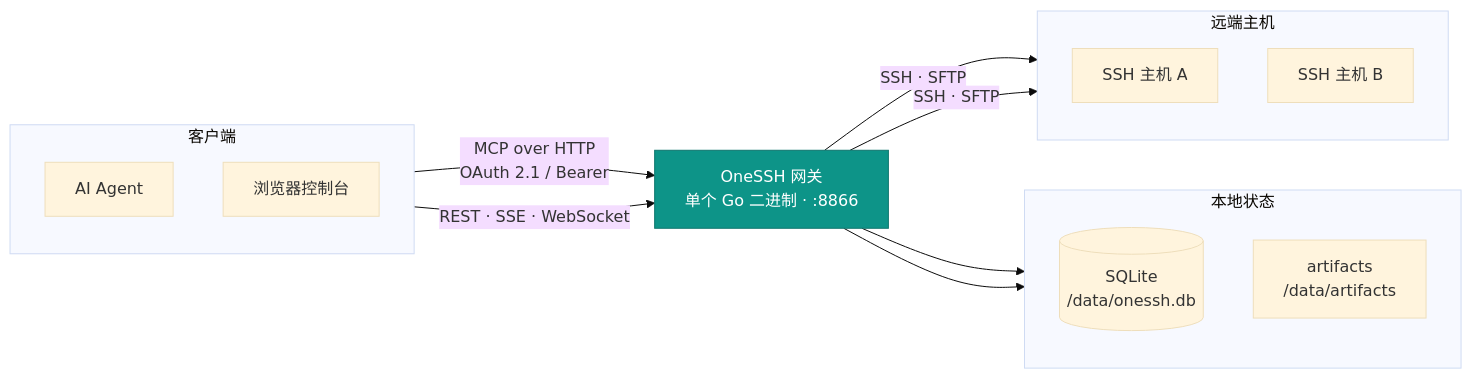
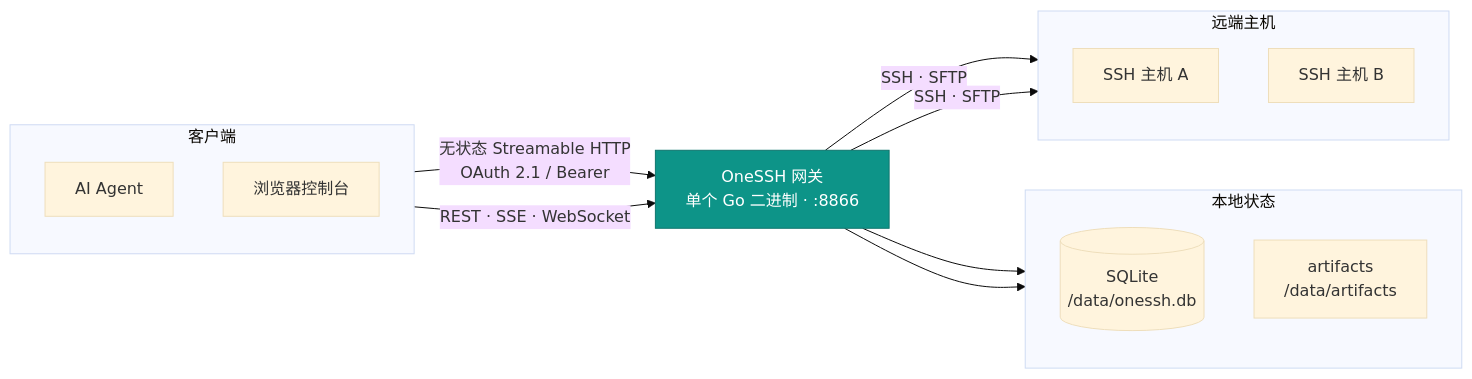
Before and after one commit to Lynricsy/OneSSH: the diagram in README.md, drawn with Mermaid (base theme). The commit also changed other lines of this file and 2 other files, not shown here.

Commit message:
feat(mcp): 🚀 升级无状态 Streamable HTTP

````diff
--- a/README.md
+++ b/README.md
@@ -58,32 +58,32 @@
 ```mermaid
 flowchart LR
     subgraph clients["客户端"]
         direction TB
         Agent["AI Agent"]
         Browser["浏览器控制台"]
     end
 
     Gateway["OneSSH 网关<br/>单个 Go 二进制 · :8866"]
 
     subgraph state["本地状态"]
         direction TB
         DB[("SQLite<br/>/data/onessh.db")]
         Art["artifacts<br/>/data/artifacts"]
     end
 
     subgraph remote["远端主机"]
         direction TB
         H1["SSH 主机 A"]
         H2["SSH 主机 B"]
     end
 
-    Agent -->|"MCP over HTTP<br/>OAuth 2.1 / Bearer"| Gateway
+    Agent -->|"无状态 Streamable HTTP<br/>OAuth 2.1 / Bearer"| Gateway
     Browser -->|"REST · SSE · WebSocket"| Gateway
     Gateway --> DB
     Gateway --> Art
     Gateway -->|"SSH · SFTP"| H1
     Gateway -->|"SSH · SFTP"| H2
 
     classDef gw fill:#0d9488,stroke:#0f766e,color:#ffffff
     class Gateway gw
 ```
````
